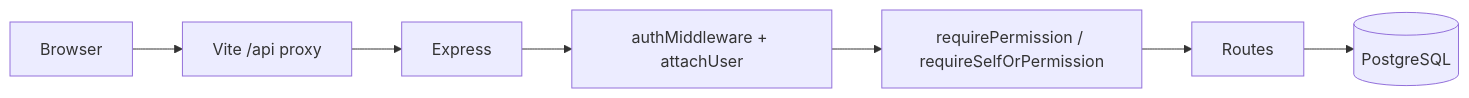
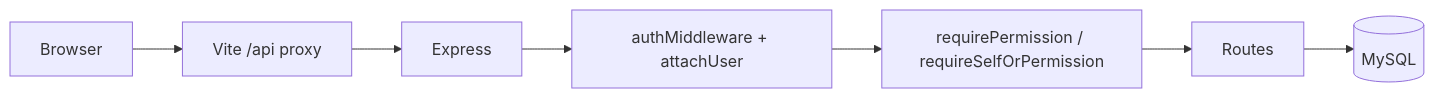
Before and after one commit to automystics-pvt-ltd/ASK-HRFLOW: the diagram in docs/ARCHITECTURE.md, drawn with Mermaid. The commit also changed other lines of this file and 20 other files, not shown here.

First line of the commit message:
Convert Express backend from PostgreSQL to MySQL 8

````diff
--- a/docs/ARCHITECTURE.md
+++ b/docs/ARCHITECTURE.md
@@ -13,9 +13,9 @@
 ```mermaid
 flowchart LR
   Browser --> ViteProxy["Vite /api proxy"]
   ViteProxy --> Express
   Express --> AuthMW["authMiddleware + attachUser"]
   AuthMW --> RBAC["requirePermission / requireSelfOrPermission"]
   RBAC --> Routes
-  Routes --> PG[(PostgreSQL)]
+  Routes --> MySQL[(MySQL)]
 ```
````
